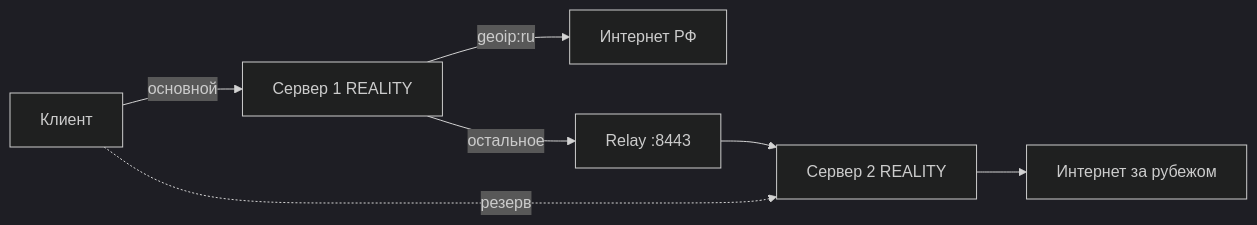
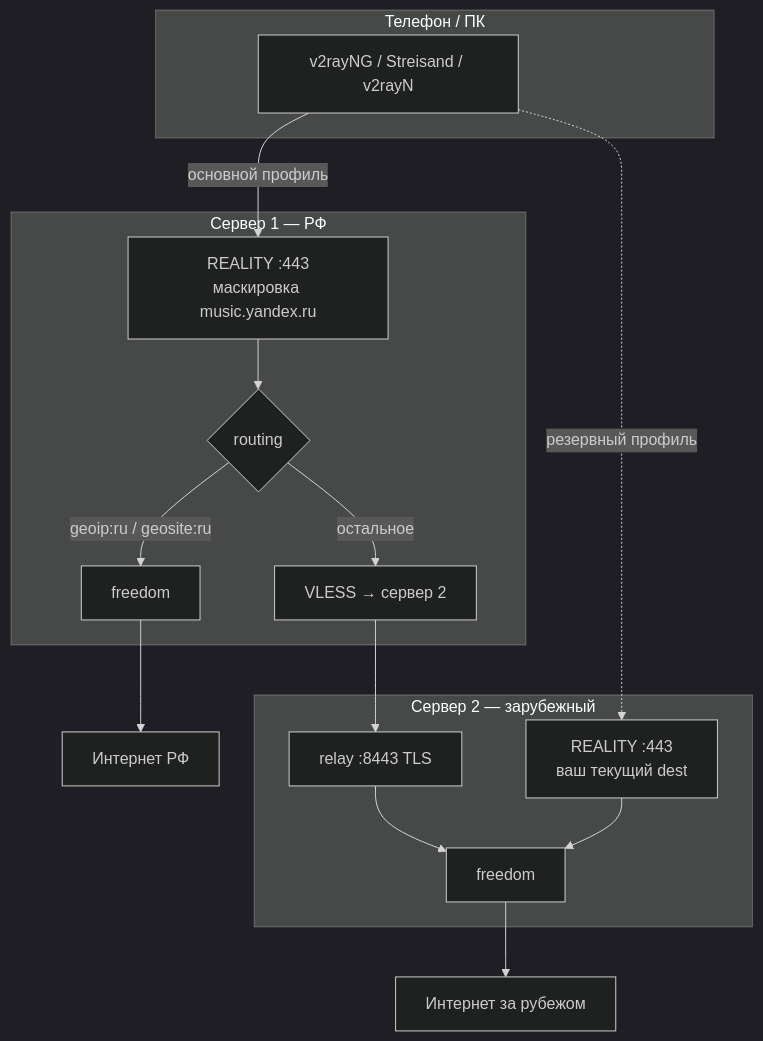
The diagram in dual-server/README.md (esovgirenko/VPN-XRAY-Dual), drawn with Mermaid (dark theme) before and after one commit. The commit also changed other lines of this file and 1 other file, not shown here.

First line of the commit message:
Expand documentation for Dual mode and Yandex Music defaults.

````diff
--- a/dual-server/README.md
+++ b/dual-server/README.md
@@ -101,9 +31,30 @@
 ```mermaid
-flowchart LR
-    C[Клиент] -->|основной| S1[Сервер 1 REALITY]
-    C -.->|резерв| S2[Сервер 2 REALITY]
-    S1 -->|geoip:ru| RU[Интернет РФ]
-    S1 -->|остальное| REL[Relay :8443]
-    REL --> S2
-    S2 --> AB[Интернет за рубежом]
+flowchart TB
+    subgraph client [Телефон / ПК]
+        APP[v2rayNG / Streisand / v2rayN]
+    end
+
+    subgraph s1 [Сервер 1 — РФ]
+        IN1[REALITY :443<br/>маскировка music.yandex.ru]
+        RT{routing}
+        D1[freedom]
+        O2[VLESS → сервер 2]
+    end
+
+    subgraph s2 [Сервер 2 — зарубежный]
+        IN2[REALITY :443<br/>ваш текущий dest]
+        REL[relay :8443 TLS]
+        D2[freedom]
+    end
+
+    APP -->|основной профиль| IN1
+    APP -.->|резервный профиль| IN2
+    IN1 --> RT
+    RT -->|geoip:ru / geosite:ru| D1
+    RT -->|остальное| O2
+    O2 --> REL
+    REL --> D2
+    IN2 --> D2
+    D1 --> NET_RU[Интернет РФ]
+    D2 --> NET_AB[Интернет за рубежом]
 ```
````
